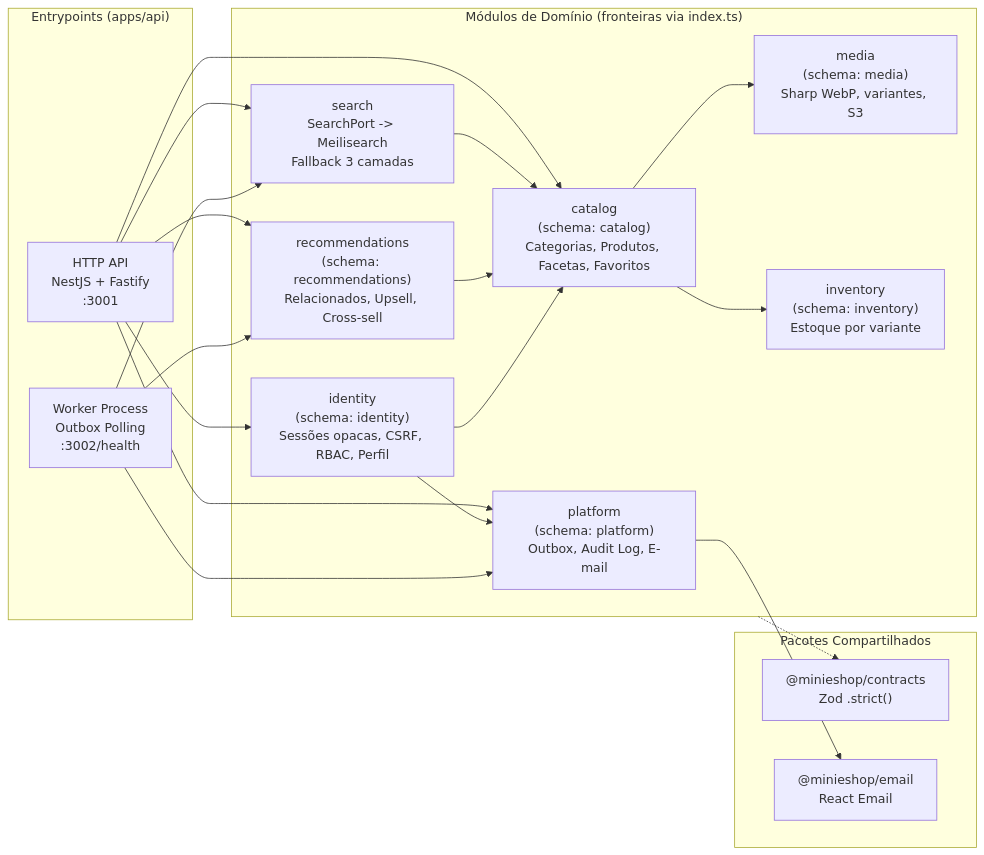
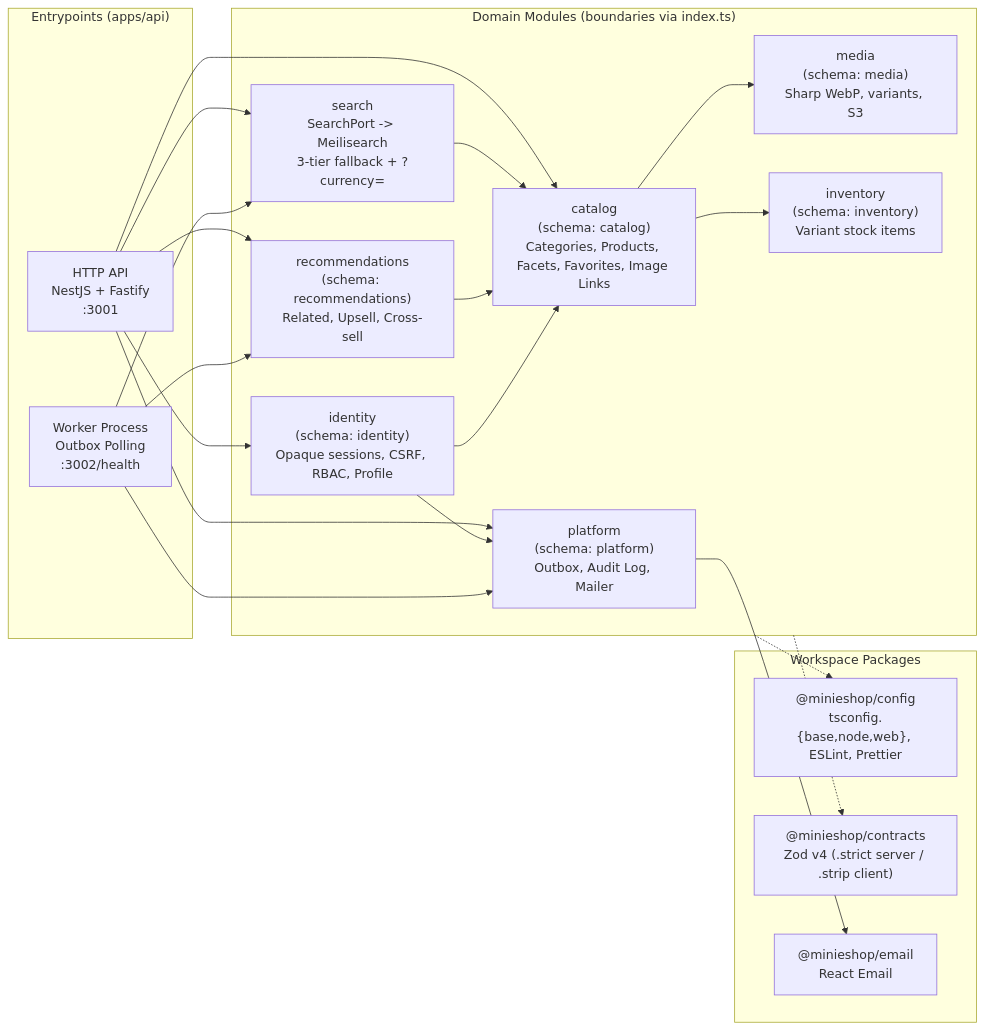
Before and after one commit to Luiquecruz/minie-shop: the first of 3 diagrams in docs/architecture.md, drawn with Mermaid. The commit also changed other lines of this file and 23 other files, not shown here.

````diff
--- a/docs/architecture.md
+++ b/docs/architecture.md
@@ -11,39 +11,41 @@
 ```mermaid
 flowchart LR
   subgraph Entrypoints["Entrypoints (apps/api)"]
     HTTP["HTTP API\nNestJS + Fastify\n:3001"]
     WORKER["Worker Process\nOutbox Polling\n:3002/health"]
   end
 
-  subgraph Modules["Módulos de Domínio (fronteiras via index.ts)"]
-    CAT["catalog\n(schema: catalog)\nCategorias, Produtos, Facetas, Favoritos"]
-    MED["media\n(schema: media)\nSharp WebP, variantes, S3"]
-    INV["inventory\n(schema: inventory)\nEstoque por variante"]
-    SRC["search\nSearchPort -> Meilisearch\nFallback 3 camadas"]
-    REC["recommendations\n(schema: recommendations)\nRelacionados, Upsell, Cross-sell"]
-    IDN["identity\n(schema: identity)\nSessões opacas, CSRF, RBAC, Perfil"]
-    PLT["platform\n(schema: platform)\nOutbox, Audit Log, E-mail"]
+  subgraph Modules["Domain Modules (boundaries via index.ts)"]
+    CAT["catalog\n(schema: catalog)\nCategories, Products, Facets, Favorites, Image Links"]
+    MED["media\n(schema: media)\nSharp WebP, variants, S3"]
+    INV["inventory\n(schema: inventory)\nVariant stock items"]
+    SRC["search\nSearchPort -> Meilisearch\n3-tier fallback + ?currency="]
+    REC["recommendations\n(schema: recommendations)\nRelated, Upsell, Cross-sell"]
+    IDN["identity\n(schema: identity)\nOpaque sessions, CSRF, RBAC, Profile"]
+    PLT["platform\n(schema: platform)\nOutbox, Audit Log, Mailer"]
   end
 
-  subgraph Shared["Pacotes Compartilhados"]
-    CTR["@minieshop/contracts\nZod .strict()"]
+  subgraph Shared["Workspace Packages"]
+    CFG["@minieshop/config\ntsconfig.{base,node,web}, ESLint, Prettier"]
+    CTR["@minieshop/contracts\nZod v4 (.strict server / .strip client)"]
     EML["@minieshop/email\nReact Email"]
   end
 
   HTTP --> CAT
   HTTP --> SRC
   HTTP --> REC
   HTTP --> IDN
   HTTP --> PLT
   CAT --> MED
   CAT --> INV
   SRC --> CAT
   REC --> CAT
   IDN --> CAT
   IDN --> PLT
   WORKER --> PLT
   WORKER --> SRC
   WORKER --> REC
   PLT --> EML
   Modules -.-> CTR
+  Modules -.-> CFG
 ```
````
